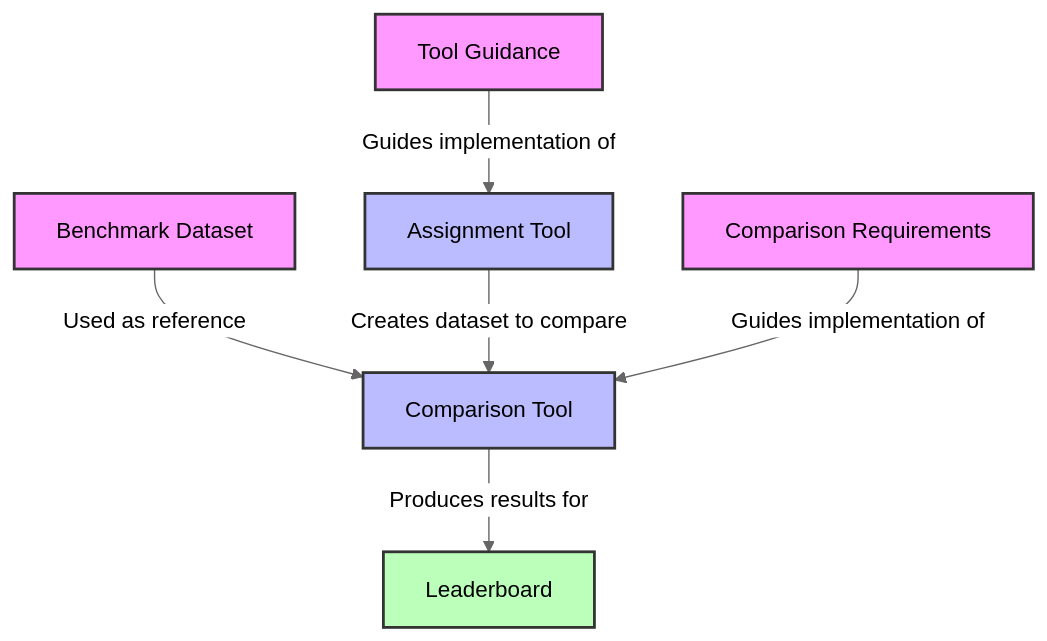
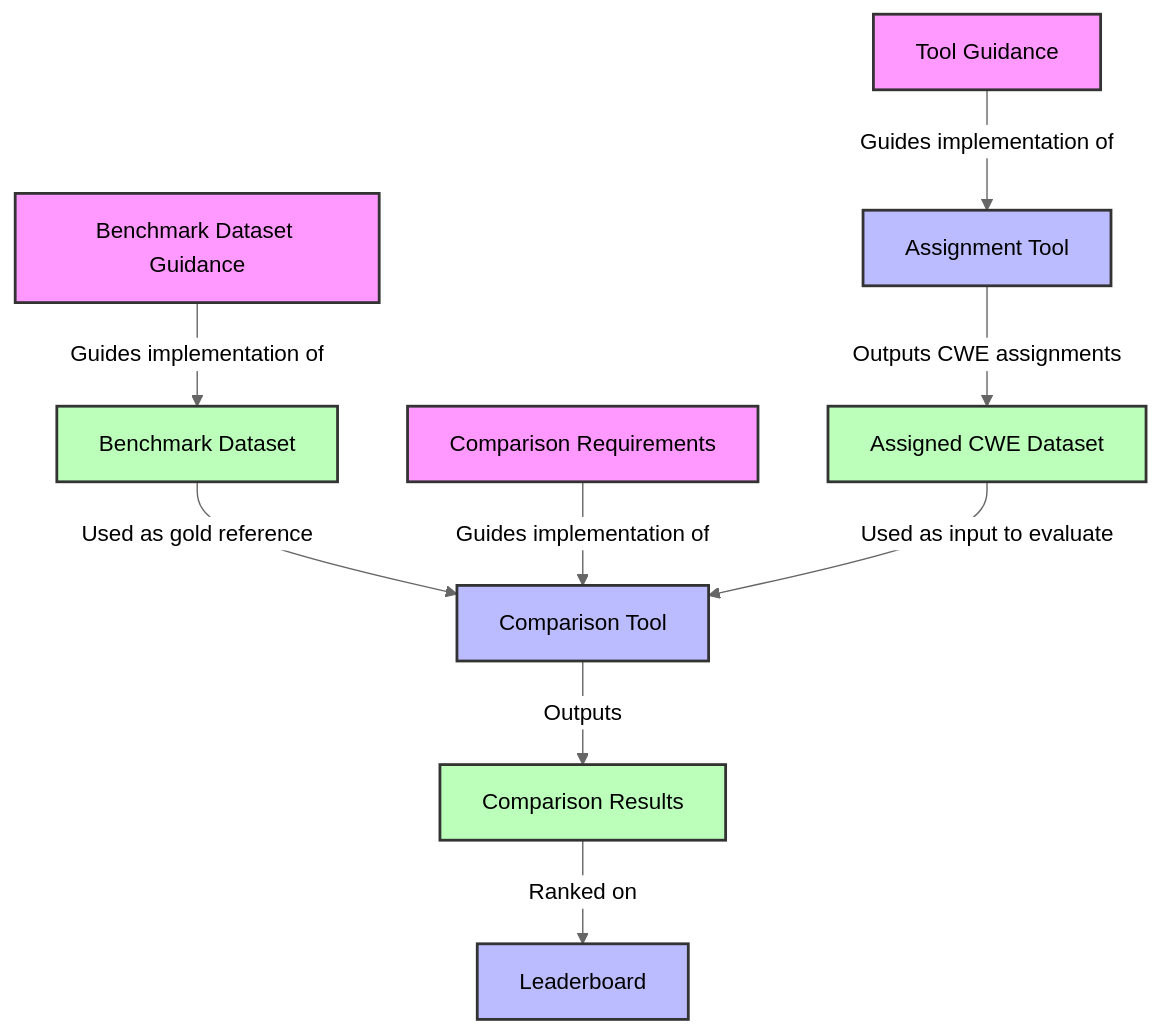
One commit to CyberSecAI/cve_cwe_rcm changed the diagram in README.md. Above: the diagram before and after it, drawn with Mermaid (neutral theme).

Commit message:
expand mermaid diagram

`````diff
--- a/README.md
+++ b/README.md
@@ -50,24 +50,26 @@
 ```mermaid
 
 flowchart TD
-    A[Benchmark Dataset] -->|Used as reference| C[Comparison Tool]
-    B[Assignment Tool] -->|Creates dataset to compare| C
+    A[Benchmark Dataset] -->|Used as gold reference| C[Comparison Tool]
+    B[Assignment Tool] -->|Outputs CWE assignments| H
     D[Tool Guidance] -->|Guides implementation of| B
     E[Comparison Requirements] -->|Guides implementation of| C
-    C -->|Produces results for| F[Leaderboard]
+    C 
+    G[Benchmark Dataset Guidance] -->|Guides implementation of| A[Benchmark Dataset]
+    H[Assigned CWE Dataset] -->|Used as input to evaluate| C[Comparison Tool]
 
+    C[Comparison Tool] --> |Outputs| I[Comparison Results]
+    I[Comparison Results]-->|Ranked on| F[Leaderboard]
 
 
     classDef document fill:#f9f,stroke:#333,stroke-width:2px;
     classDef tool fill:#bbf,stroke:#333,stroke-width:2px;
-    classDef output fill:#bfb,stroke:#333,stroke-width:2px;
+    classDef data fill:#bfb,stroke:#333,stroke-width:2px;
     
-    class A,E,D document;
-    class B,C tool;
-    class F output;
+    class E,D,G document;
+    class B,C,F tool;
+    class A,H,I data;
 
-    click A "https://github.com/CyberSecAI/cve_cwe_rcm/blob/main/dataset.md" "View Dataset Requirements"
-    click E "https://github.com/CyberSecAI/cve_cwe_rcm/blob/main/comparison.md" "View Dataset Requirements"
-    click D "https://github.com/CyberSecAI/cve_cwe_rcm/blob/main/tool_guidance.md" "View Dataset Requirements"
+
 
 ````
`````
